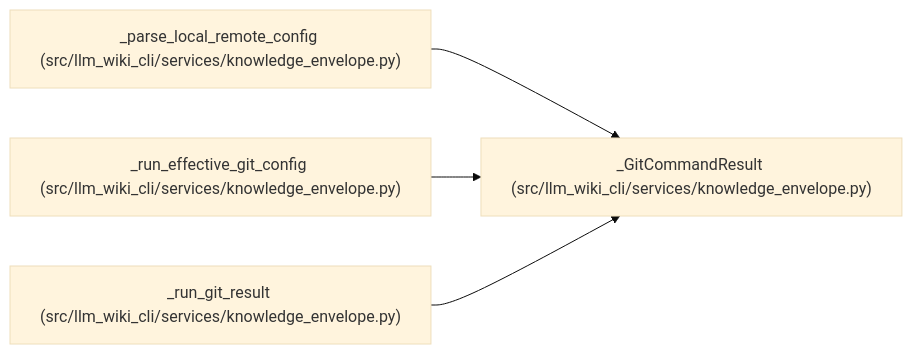
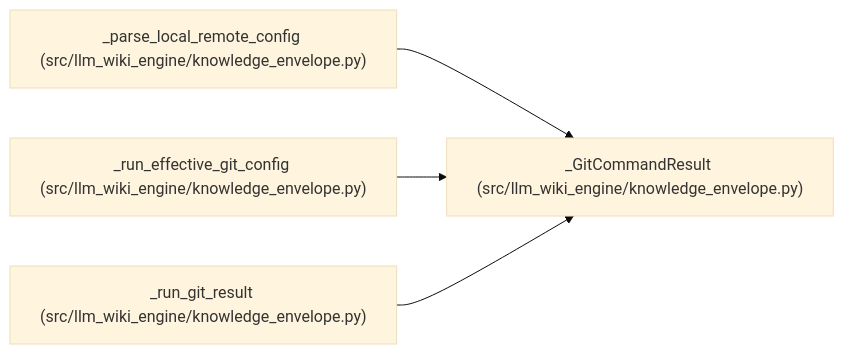
The diagram in docs/llm_wiki/entities/GitCommandResult.md (Denissvgn/python-wiki-llm), drawn with Mermaid (base theme) before and after one commit. The commit also changed other lines of this file and 1058 other files, not shown here.

First line of the commit message:
docs: refresh the wiki for the knowledge store move

````diff
--- a/docs/llm_wiki/entities/GitCommandResult.md
+++ b/docs/llm_wiki/entities/GitCommandResult.md
@@ -31,14 +31,14 @@
 ```mermaid
 flowchart LR
-    n0["_GitCommandResult (src/llm_wiki_cli/services/knowledge_envelope.py)"]
-    n1["_parse_local_remote_config (src/llm_wiki_cli/services/knowledge_envelope.py)"]
-    n2["_run_effective_git_config (src/llm_wiki_cli/services/knowledge_envelope.py)"]
-    n3["_run_git_result (src/llm_wiki_cli/services/knowledge_envelope.py)"]
+    n0["_GitCommandResult (src/llm_wiki_engine/knowledge_envelope.py)"]
+    n1["_parse_local_remote_config (src/llm_wiki_engine/knowledge_envelope.py)"]
+    n2["_run_effective_git_config (src/llm_wiki_engine/knowledge_envelope.py)"]
+    n3["_run_git_result (src/llm_wiki_engine/knowledge_envelope.py)"]
     n1 --> n0
     n2 --> n0
     n3 --> n0
     click n0 "../modules/knowledge_envelope.md"
     click n1 "../modules/knowledge_envelope.md"
     click n2 "../modules/knowledge_envelope.md"
     click n3 "../modules/knowledge_envelope.md"
 ```
````
